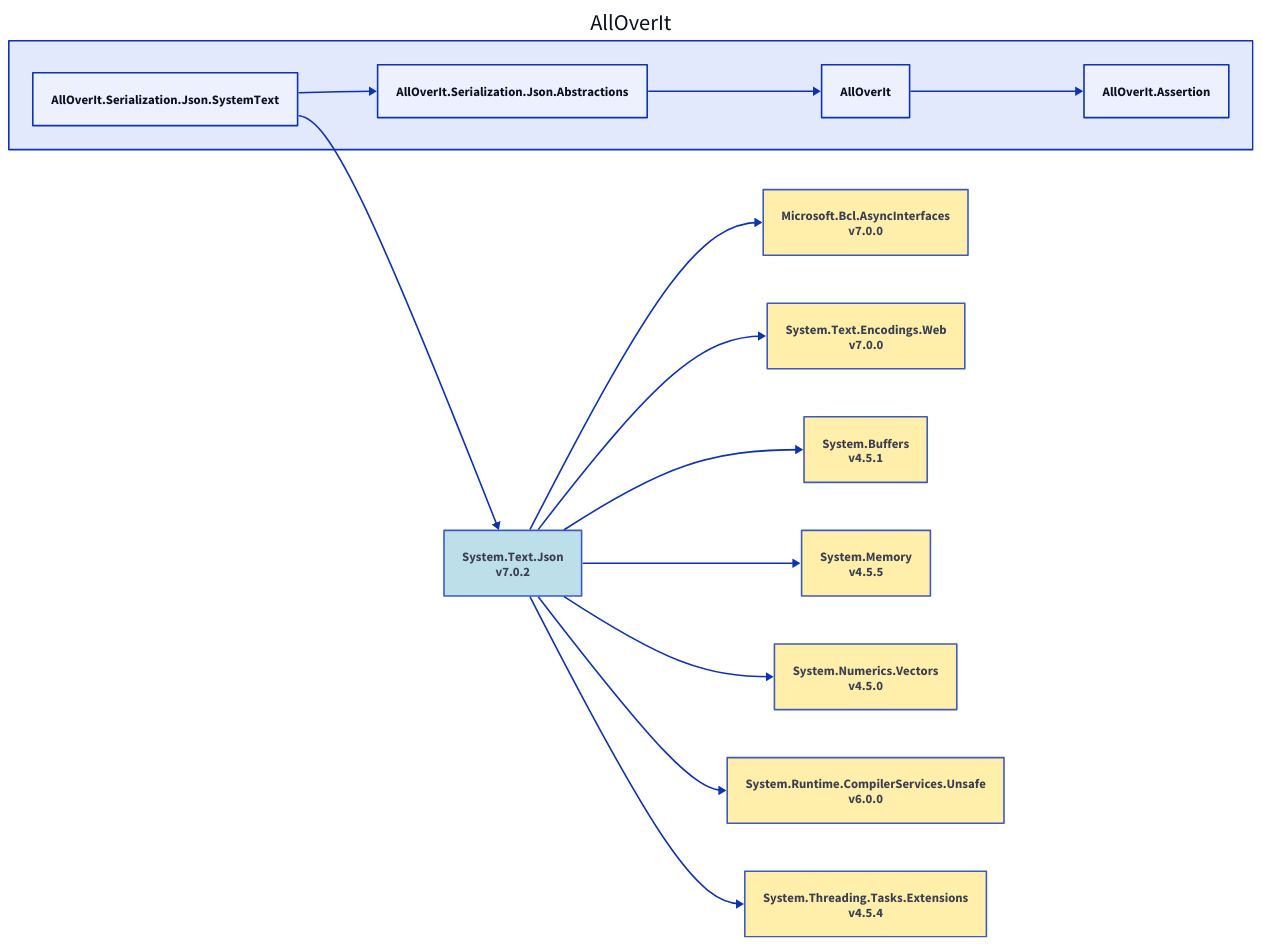
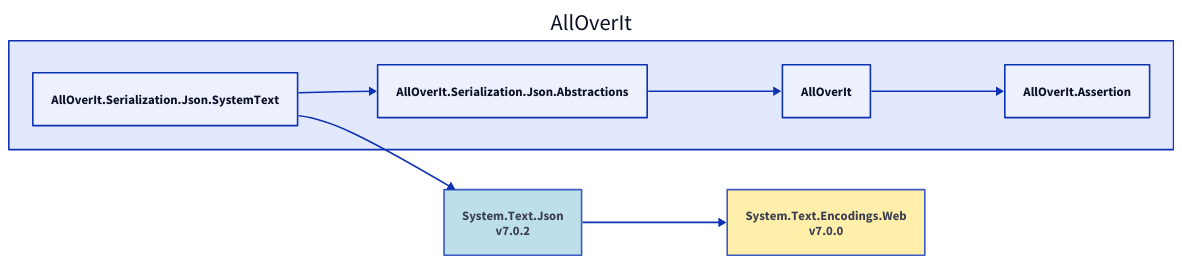
The diagram in Docs/Dependencies/alloverit-serialization-json-systemtext.d2 (nickathone/AllOverIt), drawn with D2 before and after one commit. The commit also changed 30 other files, not shown here.

Commit message:
Dependency diagram updates

```diff
--- a/Docs/Dependencies/alloverit-serialization-json-systemtext.d2
+++ b/Docs/Dependencies/alloverit-serialization-json-systemtext.d2
@@ -1,42 +1,18 @@
 direction: right
 
 aoi: AllOverIt
 aoi.alloverit-serialization-json-systemtext: AllOverIt.Serialization.Json.SystemText
 system-text-json_7-0-2: System.Text.Json\nv7.0.2
 system-text-json_7-0-2.style.fill: "#ADD8E6"
 system-text-json_7-0-2.style.opacity: 0.8
-microsoft-bcl-asyncinterfaces_7-0-0: Microsoft.Bcl.AsyncInterfaces\nv7.0.0
-microsoft-bcl-asyncinterfaces_7-0-0.style.fill: "#FFEC96"
-microsoft-bcl-asyncinterfaces_7-0-0.style.opacity: 0.8
-microsoft-bcl-asyncinterfaces_7-0-0 <- system-text-json_7-0-2
 system-text-encodings-web_7-0-0: System.Text.Encodings.Web\nv7.0.0
 system-text-encodings-web_7-0-0.style.fill: "#FFEC96"
 system-text-encodings-web_7-0-0.style.opacity: 0.8
 system-text-encodings-web_7-0-0 <- system-text-json_7-0-2
-system-buffers_4-5-1: System.Buffers\nv4.5.1
-system-buffers_4-5-1.style.fill: "#FFEC96"
-system-buffers_4-5-1.style.opacity: 0.8
-system-buffers_4-5-1 <- system-text-json_7-0-2
-system-memory_4-5-5: System.Memory\nv4.5.5
-system-memory_4-5-5.style.fill: "#FFEC96"
-system-memory_4-5-5.style.opacity: 0.8
-system-memory_4-5-5 <- system-text-json_7-0-2
-system-numerics-vectors_4-5-0: System.Numerics.Vectors\nv4.5.0
-system-numerics-vectors_4-5-0.style.fill: "#FFEC96"
-system-numerics-vectors_4-5-0.style.opacity: 0.8
-system-numerics-vectors_4-5-0 <- system-text-json_7-0-2
-system-runtime-compilerservices-unsafe_6-0-0: System.Runtime.CompilerServices.Unsafe\nv6.0.0
-system-runtime-compilerservices-unsafe_6-0-0.style.fill: "#FFEC96"
-system-runtime-compilerservices-unsafe_6-0-0.style.opacity: 0.8
-system-runtime-compilerservices-unsafe_6-0-0 <- system-text-json_7-0-2
-system-threading-tasks-extensions_4-5-4: System.Threading.Tasks.Extensions\nv4.5.4
-system-threading-tasks-extensions_4-5-4.style.fill: "#FFEC96"
-system-threading-tasks-extensions_4-5-4.style.opacity: 0.8
-system-threading-tasks-extensions_4-5-4 <- system-text-json_7-0-2
 system-text-json_7-0-2 <- aoi.alloverit-serialization-json-systemtext
 aoi.alloverit-serialization-json-abstractions: AllOverIt.Serialization.Json.Abstractions
 aoi.alloverit: AllOverIt
 aoi.alloverit-assertion: AllOverIt.Assertion
 aoi.alloverit-assertion <- aoi.alloverit
 aoi.alloverit <- aoi.alloverit-serialization-json-abstractions
 aoi.alloverit-serialization-json-abstractions <- aoi.alloverit-serialization-json-systemtext
```
